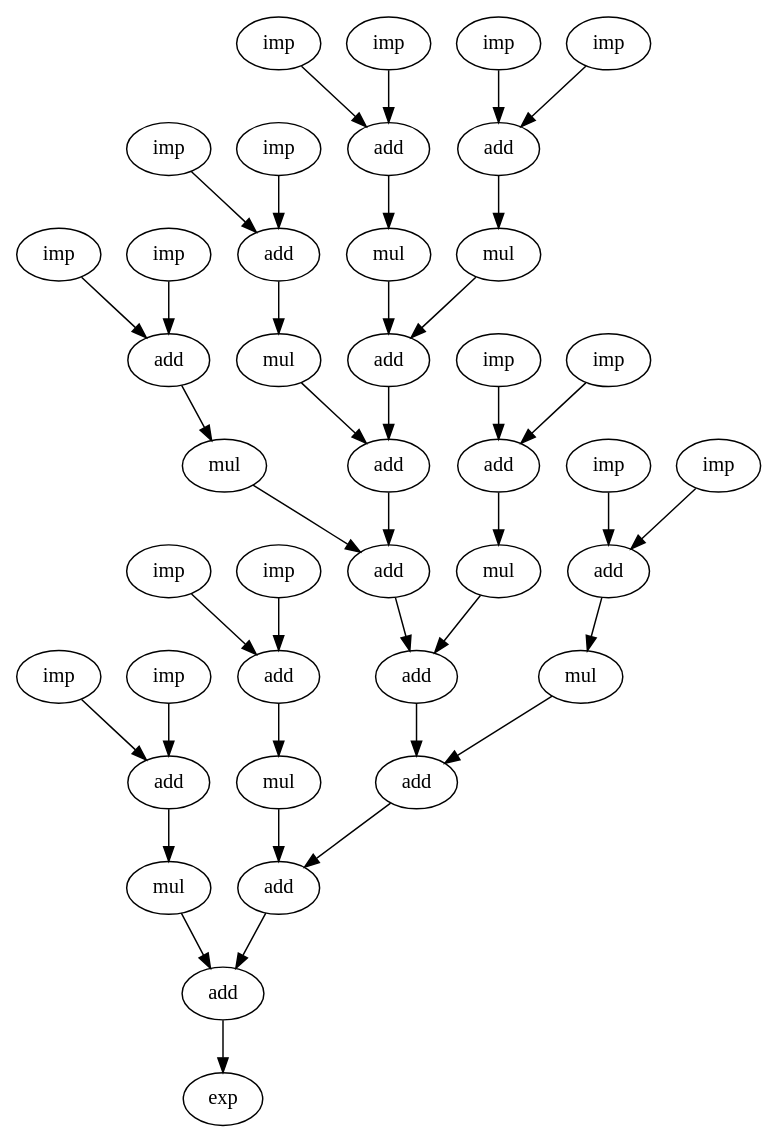
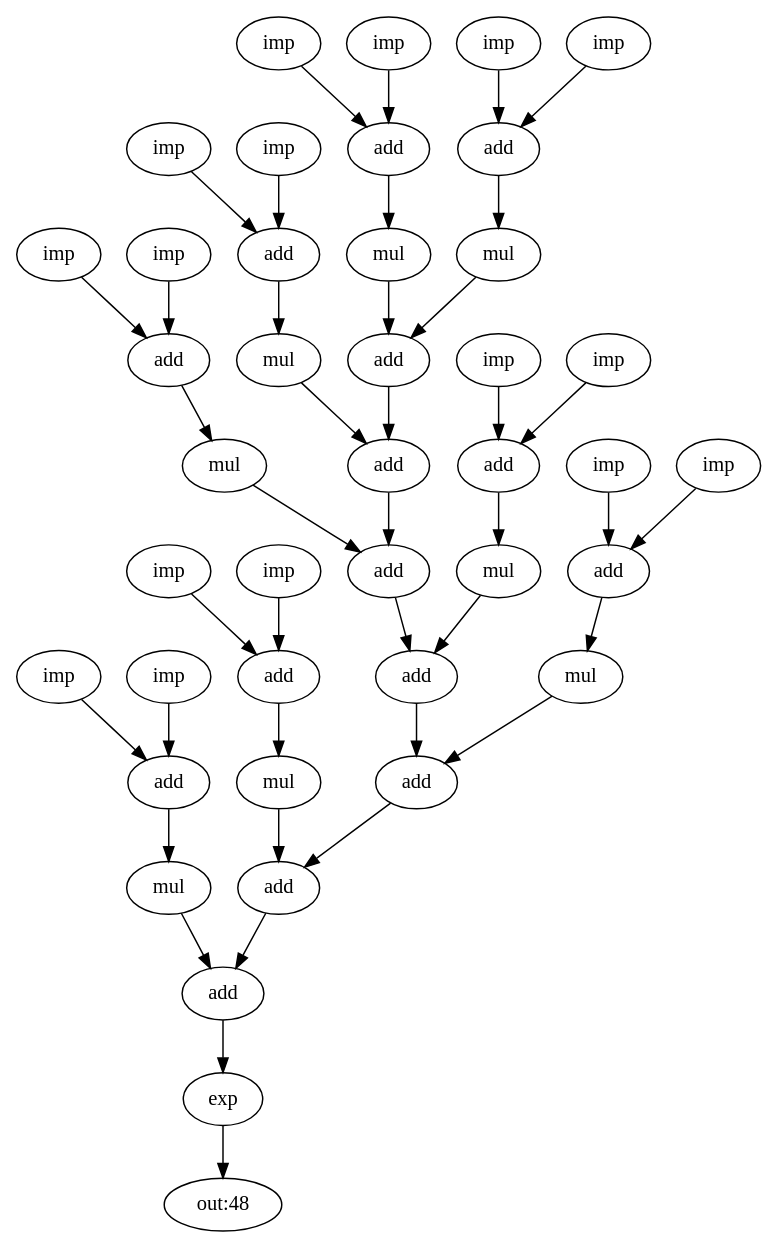
One commit to canesche/nvcc_colab_icpp2020 changed the diagram in dot_dac/cgra/fir2.dot. Above: the diagram before and after it, drawn with Graphviz. The commit also changed 106 other files, not shown here.

```diff
--- a/dot_dac/cgra/fir2.dot
+++ b/dot_dac/cgra/fir2.dot
@@ -1,81 +1,83 @@
-digraph fir2 {
-    9 [label = imp];
-    10 [label = imp];
-    11 [label = add];
-    12 [label = imp];
-    13 [label = imp];
-    14 [label = add];
-    15 [label = imp];
-    16 [label = imp];
-    17 [label = add];
-    18 [label = imp];
-    19 [label = imp];
-    20 [label = add];
-    21 [label = imp];
-    22 [label = imp];
-    23 [label = add];
-    24 [label = imp];
-    25 [label = imp];
-    26 [label = add];
-    27 [label = imp];
-    28 [label = imp];
-    29 [label = add];
-    30 [label = imp];
-    31 [label = imp];
-    32 [label = add];
-    33 [label = mul];
-    34 [label = mul];
-    35 [label = mul];
-    36 [label = mul];
-    37 [label = mul];
-    38 [label = mul];
-    39 [label = mul];
-    40 [label = mul];
-    41 [label = add];
-    42 [label = add];
-    43 [label = add];
-    44 [label = add];
-    45 [label = add];
-    46 [label = add];
-    47 [label = add];
-    48 [label = exp];
-    9 -> 11 [name=1];
-    10 -> 11 [name=2];
-    11 -> 33 [name=3];
-    12 -> 14 [name=4];
-    13 -> 14 [name=5];
-    14 -> 34 [name=6];
-    15 -> 17 [name=7];
-    16 -> 17 [name=8];
-    17 -> 35 [name=9];
-    18 -> 20 [name=10];
-    19 -> 20 [name=11];
-    20 -> 36 [name=12];
-    21 -> 23 [name=13];
-    22 -> 23 [name=14];
-    23 -> 37 [name=15];
-    24 -> 26 [name=16];
-    25 -> 26 [name=17];
-    26 -> 38 [name=18];
-    27 -> 29 [name=19];
-    28 -> 29 [name=20];
-    29 -> 39 [name=21];
-    30 -> 32 [name=22];
-    31 -> 32 [name=23];
-    32 -> 40 [name=24];
-    33 -> 41 [name=25];
-    34 -> 41 [name=26];
-    35 -> 42 [name=27];
-    36 -> 43 [name=28];
-    37 -> 44 [name=29];
-    38 -> 45 [name=30];
-    39 -> 46 [name=31];
-    40 -> 47 [name=32];
-    41 -> 42 [name=33];
-    42 -> 43 [name=34];
-    43 -> 44 [name=35];
-    44 -> 45 [name=36];
-    45 -> 46 [name=37];
-    46 -> 47 [name=38];
-    47 -> 48 [name=39];
+strict digraph "fir2" {
+9 [label=imp];
+10 [label=imp];
+11 [label=add];
+12 [label=imp];
+13 [label=imp];
+14 [label=add];
+15 [label=imp];
+16 [label=imp];
+17 [label=add];
+18 [label=imp];
+19 [label=imp];
+20 [label=add];
+21 [label=imp];
+22 [label=imp];
+23 [label=add];
+24 [label=imp];
+25 [label=imp];
+26 [label=add];
+27 [label=imp];
+28 [label=imp];
+29 [label=add];
+30 [label=imp];
+31 [label=imp];
+32 [label=add];
+33 [label=mul];
+34 [label=mul];
+35 [label=mul];
+36 [label=mul];
+37 [label=mul];
+38 [label=mul];
+39 [label=mul];
+40 [label=mul];
+41 [label=add];
+42 [label=add];
+43 [label=add];
+44 [label=add];
+45 [label=add];
+46 [label=add];
+47 [label=add];
+48 [label=exp];
+"out:48";
+9 -> 11  [name=1];
+10 -> 11  [name=2];
+11 -> 33  [name=3];
+12 -> 14  [name=4];
+13 -> 14  [name=5];
+14 -> 34  [name=6];
+15 -> 17  [name=7];
+16 -> 17  [name=8];
+17 -> 35  [name=9];
+18 -> 20  [name=10];
+19 -> 20  [name=11];
+20 -> 36  [name=12];
+21 -> 23  [name=13];
+22 -> 23  [name=14];
+23 -> 37  [name=15];
+24 -> 26  [name=16];
+25 -> 26  [name=17];
+26 -> 38  [name=18];
+27 -> 29  [name=19];
+28 -> 29  [name=20];
+29 -> 39  [name=21];
+30 -> 32  [name=22];
+31 -> 32  [name=23];
+32 -> 40  [name=24];
+33 -> 41  [name=25];
+34 -> 41  [name=26];
+35 -> 42  [name=27];
+36 -> 43  [name=28];
+37 -> 44  [name=29];
+38 -> 45  [name=30];
+39 -> 46  [name=31];
+40 -> 47  [name=32];
+41 -> 42  [name=33];
+42 -> 43  [name=34];
+43 -> 44  [name=35];
+44 -> 45  [name=36];
+45 -> 46  [name=37];
+46 -> 47  [name=38];
+47 -> 48  [name=39];
+48 -> "out:48";
 }
```
